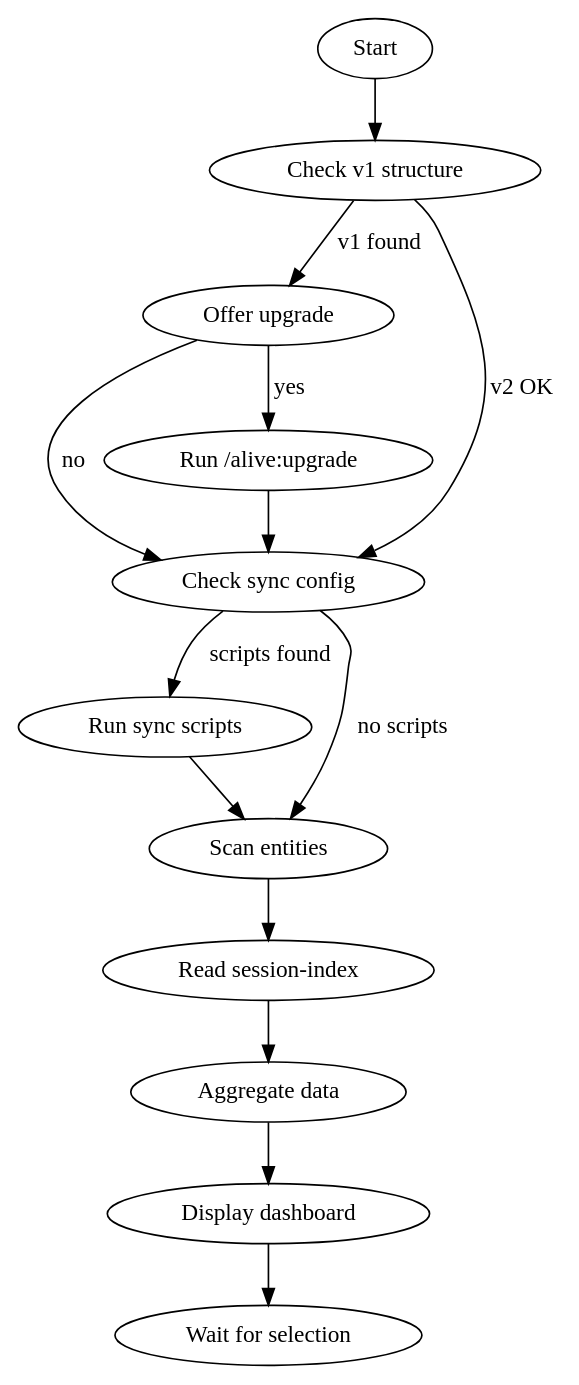
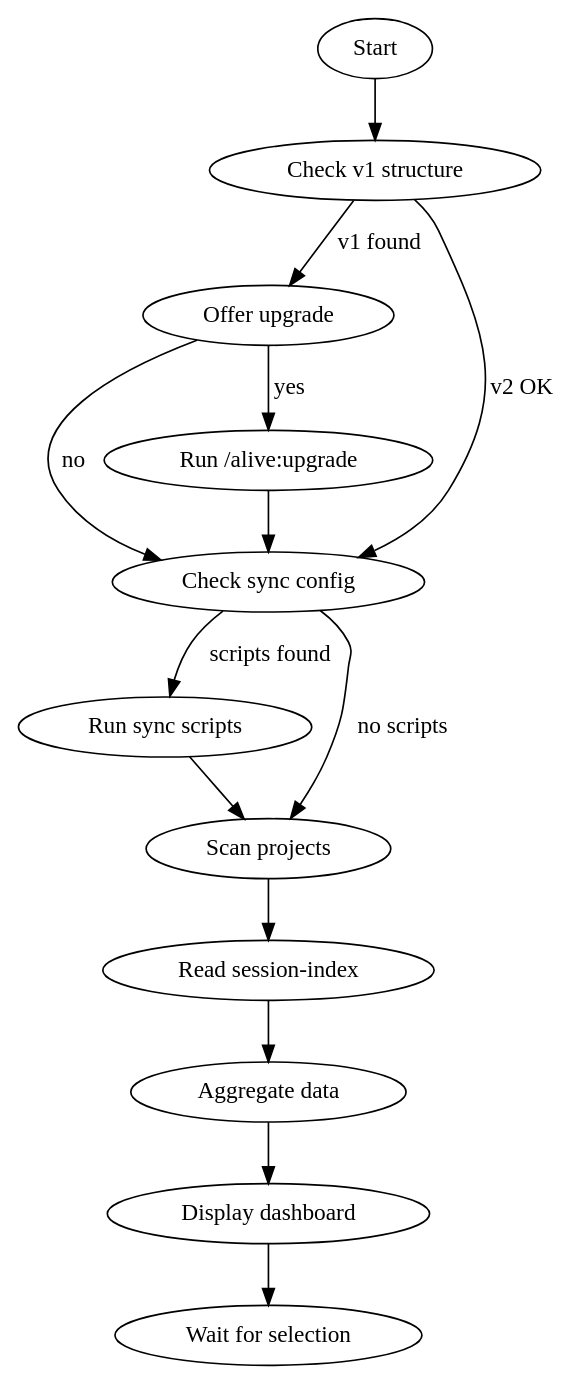
One commit to benslockedin/aliveskills changed the diagram in skills/daily/SKILL.md. Above: the diagram before and after it, drawn with Graphviz. The commit also changed other lines of this file and 34 other files, not shown here.

````diff
--- a/skills/daily/SKILL.md
+++ b/skills/daily/SKILL.md
@@ -83,17 +83,17 @@
 ```dot
 digraph daily_flow {
     "Start" -> "Check v1 structure";
     "Check v1 structure" -> "Offer upgrade" [label="v1 found"];
     "Check v1 structure" -> "Check sync config" [label="v2 OK"];
     "Offer upgrade" -> "Run /alive:upgrade" [label="yes"];
     "Offer upgrade" -> "Check sync config" [label="no"];
     "Run /alive:upgrade" -> "Check sync config";
     "Check sync config" -> "Run sync scripts" [label="scripts found"];
-    "Check sync config" -> "Scan entities" [label="no scripts"];
-    "Run sync scripts" -> "Scan entities";
-    "Scan entities" -> "Read session-index";
+    "Check sync config" -> "Scan projects" [label="no scripts"];
+    "Run sync scripts" -> "Scan projects";
+    "Scan projects" -> "Read session-index";
     "Read session-index" -> "Aggregate data";
     "Aggregate data" -> "Display dashboard";
     "Display dashboard" -> "Wait for selection";
 }
 ```
````
